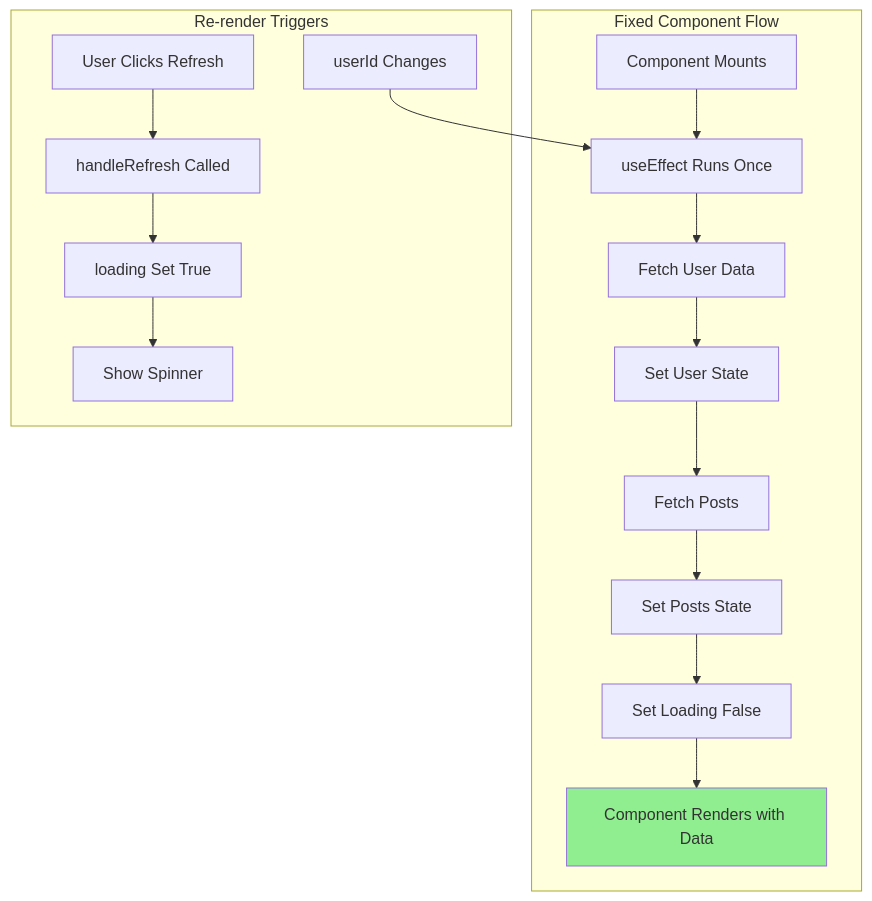
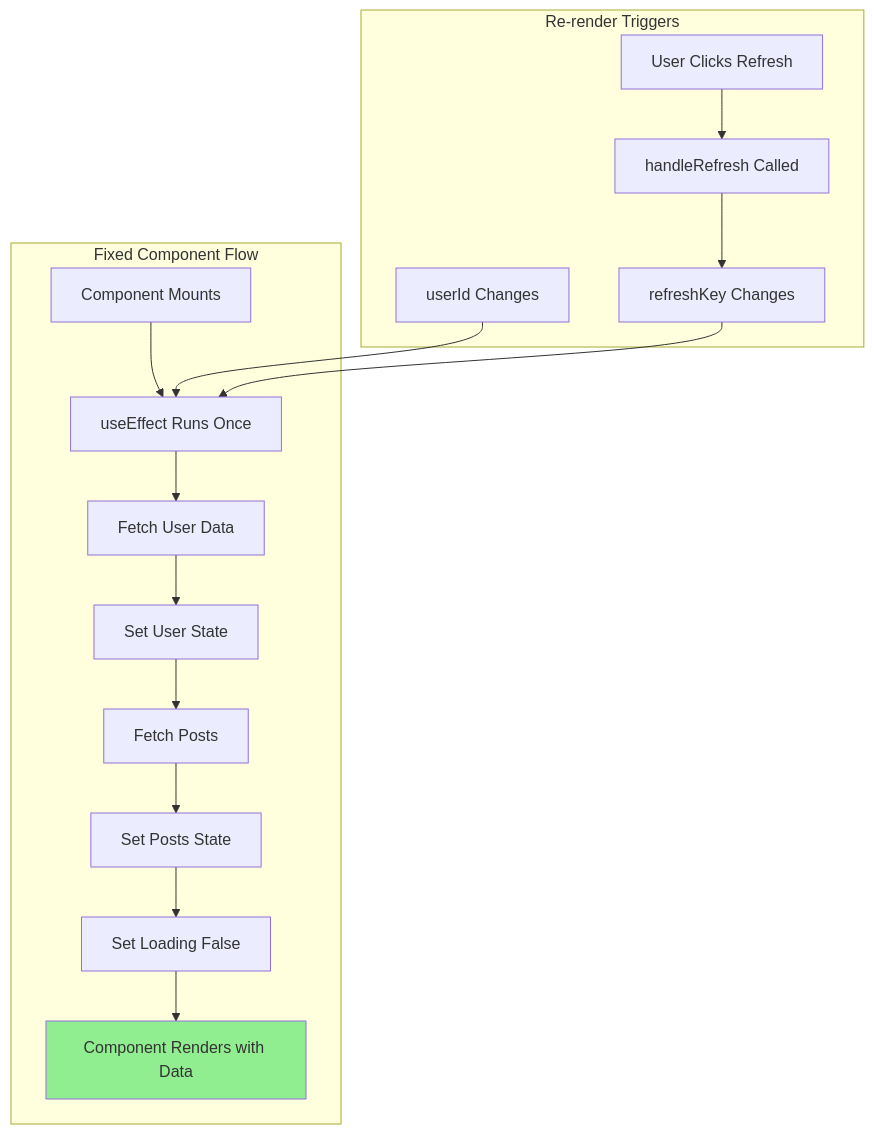
One commit to OneUptime/blog changed the third of 3 diagrams in posts/2026-01-24-react-maximum-update-depth-errors/README.md. Above: the diagram before and after it, drawn with Mermaid. The commit also changed other lines of this file and 2 other files, not shown here.

````diff
--- a/posts/2026-01-24-react-maximum-update-depth-errors/README.md
+++ b/posts/2026-01-24-react-maximum-update-depth-errors/README.md
@@ -526,21 +529,21 @@
 ```mermaid
 flowchart TB
     subgraph "Fixed Component Flow"
         A[Component Mounts] --> B[useEffect Runs Once]
         B --> C[Fetch User Data]
         C --> D[Set User State]
         D --> E[Fetch Posts]
         E --> F[Set Posts State]
         F --> G[Set Loading False]
         G --> H[Component Renders with Data]
     end
 
     subgraph "Re-render Triggers"
         I[userId Changes] --> B
         J[User Clicks Refresh] --> K[handleRefresh Called]
-        K --> L[loading Set True]
-        L --> M[Show Spinner]
+        K --> N[refreshKey Changes]
+        N --> B
     end
 
     style H fill:#90EE90
 ```
````
